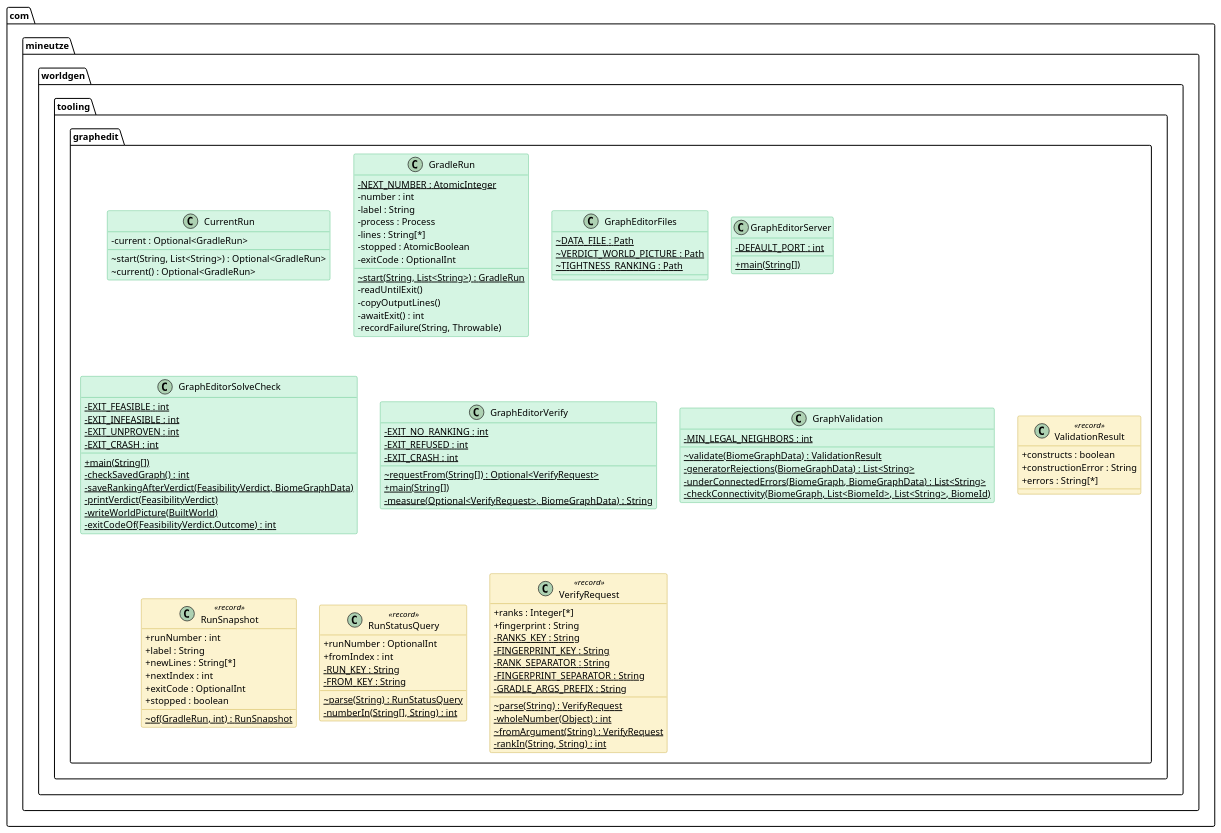
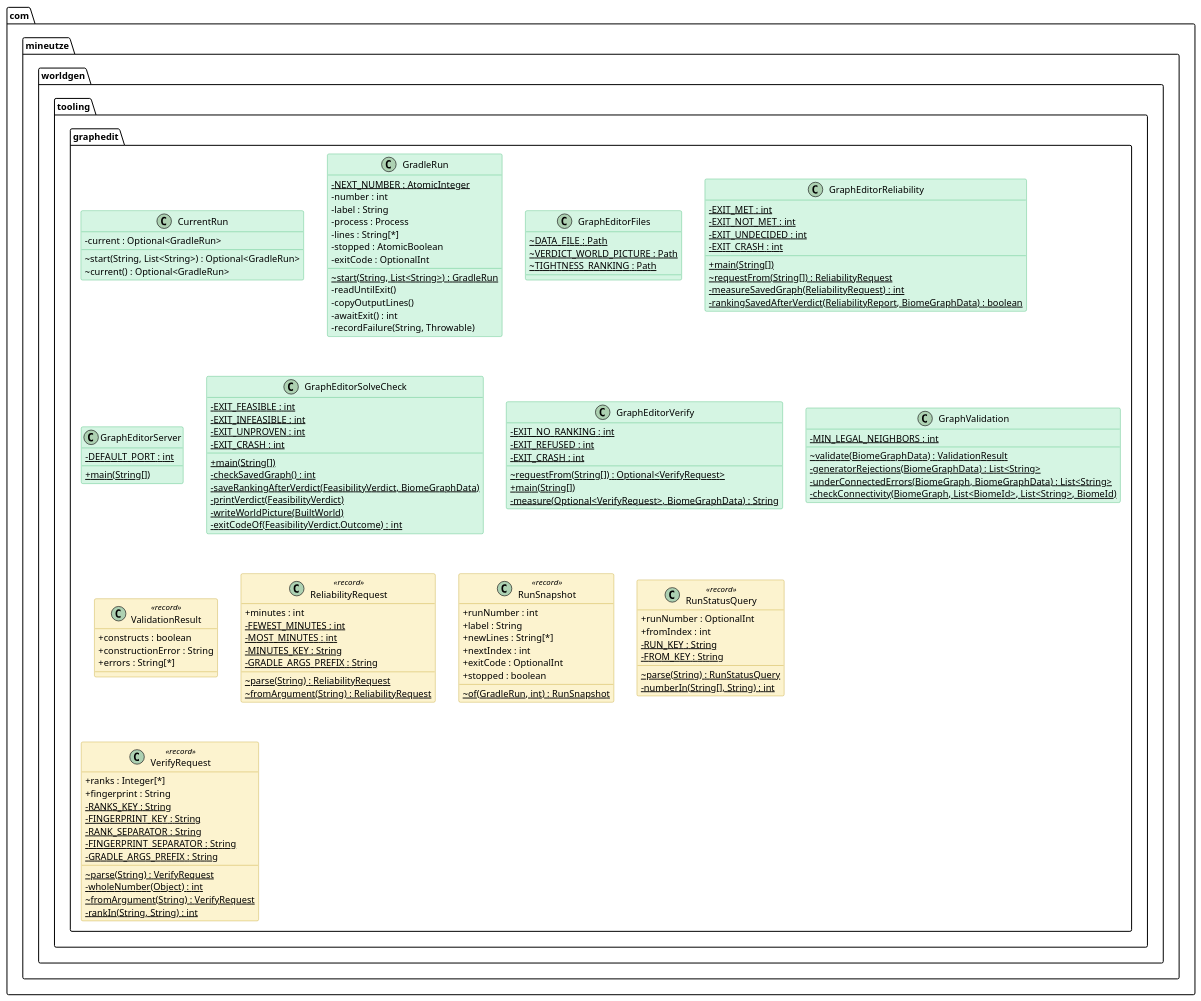
The diagram in companion-mods/mineutze-worldgen/doc/Modelisation/Packages/graphedit.puml (Boulede987/Mine-Utz), drawn with PlantUML before and after one commit. The commit also changed 45 other files, not shown here.

Commit message:
docs(worldgen): regenerate class diagrams for the Reliability run

```diff
--- a/companion-mods/mineutze-worldgen/doc/Modelisation/Packages/graphedit.puml
+++ b/companion-mods/mineutze-worldgen/doc/Modelisation/Packages/graphedit.puml
@@ -1,130 +1,149 @@
 @startuml graphedit
 
 skinparam classAttributeIconSize 0
 skinparam shadowing false
 
 skinparam class {
   BackgroundColor<<interface>> #D6EAF8
   BorderColor<<interface>> #2E86C1
 }
 skinparam class {
   BackgroundColor<<abstract>> #E8DAEF
   BorderColor<<abstract>> #8E44AD
 }
 skinparam class {
   BackgroundColor #D5F5E3
   BorderColor #27AE60
 }
 skinparam class {
   BackgroundColor<<record>> #FCF3CF
   BorderColor<<record>> #B7950B
 }
 skinparam class {
   BackgroundColor<<static>> #a7faa0
   BorderColor<<static>> #38d610
 }
 skinparam class {
   BackgroundColor<<enum>> #F5B7B1
   BorderColor<<enum>> #C0392B
 }
 
 skinparam class {
   BackgroundColor<<external>> #EAECEE
   BorderColor<<external>> #839192
 }
 
 namespace com.mineutze.worldgen.tooling.graphedit {
 class CurrentRun {
   - current : Optional<GradleRun>
   ~ start(String, List<String>) : Optional<GradleRun>
   ~ current() : Optional<GradleRun>
 }
 class GradleRun {
   - {static} NEXT_NUMBER : AtomicInteger
   - number : int
   - label : String
   - process : Process
   - lines : String[*]
   - stopped : AtomicBoolean
   - exitCode : OptionalInt
   ~ {static} start(String, List<String>) : GradleRun
   - readUntilExit()
   - copyOutputLines()
   - awaitExit() : int
   - recordFailure(String, Throwable)
 }
 class GraphEditorFiles {
   ~ {static} DATA_FILE : Path
   ~ {static} VERDICT_WORLD_PICTURE : Path
   ~ {static} TIGHTNESS_RANKING : Path
 }
+class GraphEditorReliability {
+  - {static} EXIT_MET : int
+  - {static} EXIT_NOT_MET : int
+  - {static} EXIT_UNDECIDED : int
+  - {static} EXIT_CRASH : int
+  + {static} main(String[])
+  ~ {static} requestFrom(String[]) : ReliabilityRequest
+  - {static} measureSavedGraph(ReliabilityRequest) : int
+  - {static} rankingSavedAfterVerdict(ReliabilityReport, BiomeGraphData) : boolean
+}
 class GraphEditorServer {
   - {static} DEFAULT_PORT : int
   + {static} main(String[])
 }
 class GraphEditorSolveCheck {
   - {static} EXIT_FEASIBLE : int
   - {static} EXIT_INFEASIBLE : int
   - {static} EXIT_UNPROVEN : int
   - {static} EXIT_CRASH : int
   + {static} main(String[])
   - {static} checkSavedGraph() : int
   - {static} saveRankingAfterVerdict(FeasibilityVerdict, BiomeGraphData)
   - {static} printVerdict(FeasibilityVerdict)
   - {static} writeWorldPicture(BuiltWorld)
   - {static} exitCodeOf(FeasibilityVerdict.Outcome) : int
 }
 class GraphEditorVerify {
   - {static} EXIT_NO_RANKING : int
   - {static} EXIT_REFUSED : int
   - {static} EXIT_CRASH : int
   ~ {static} requestFrom(String[]) : Optional<VerifyRequest>
   + {static} main(String[])
   - {static} measure(Optional<VerifyRequest>, BiomeGraphData) : String
 }
 class GraphValidation {
   - {static} MIN_LEGAL_NEIGHBORS : int
   ~ {static} validate(BiomeGraphData) : ValidationResult
   - {static} generatorRejections(BiomeGraphData) : List<String>
   - {static} underConnectedErrors(BiomeGraph, BiomeGraphData) : List<String>
   - {static} checkConnectivity(BiomeGraph, List<BiomeId>, List<String>, BiomeId)
 }
 class ValidationResult <<record>> {
   + constructs : boolean
   + constructionError : String
   + errors : String[*]
 }
+class ReliabilityRequest <<record>> {
+  + minutes : int
+  - {static} FEWEST_MINUTES : int
+  - {static} MOST_MINUTES : int
+  - {static} MINUTES_KEY : String
+  - {static} GRADLE_ARGS_PREFIX : String
+  ~ {static} parse(String) : ReliabilityRequest
+  ~ {static} fromArgument(String) : ReliabilityRequest
+}
 class RunSnapshot <<record>> {
   + runNumber : int
   + label : String
   + newLines : String[*]
   + nextIndex : int
   + exitCode : OptionalInt
   + stopped : boolean
   ~ {static} of(GradleRun, int) : RunSnapshot
 }
 class RunStatusQuery <<record>> {
   + runNumber : OptionalInt
   + fromIndex : int
   - {static} RUN_KEY : String
   - {static} FROM_KEY : String
   ~ {static} parse(String) : RunStatusQuery
   - {static} numberIn(String[], String) : int
 }
 class VerifyRequest <<record>> {
   + ranks : Integer[*]
   + fingerprint : String
   - {static} RANKS_KEY : String
   - {static} FINGERPRINT_KEY : String
   - {static} RANK_SEPARATOR : String
   - {static} FINGERPRINT_SEPARATOR : String
   - {static} GRADLE_ARGS_PREFIX : String
   ~ {static} parse(String) : VerifyRequest
   - {static} wholeNumber(Object) : int
   ~ {static} fromArgument(String) : VerifyRequest
   - {static} rankIn(String, String) : int
 }
 }
 
 
 @enduml
```
